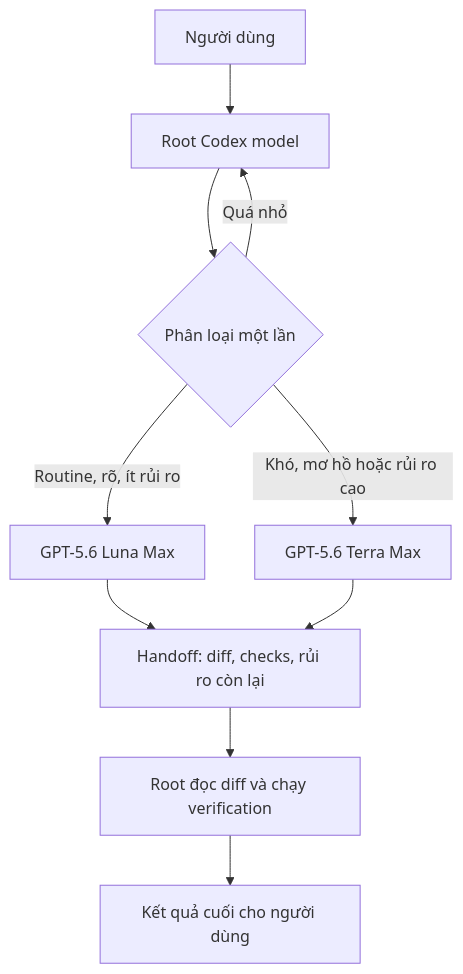
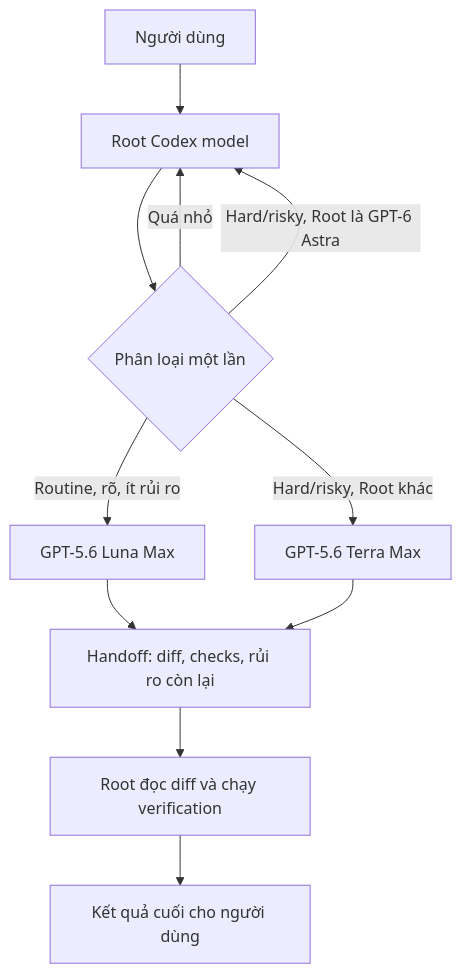
One commit to jimnguyendev/Codex-Orchestration changed the first of 4 diagrams in docs/architecture.md. Above: the diagram before and after it, drawn with Mermaid. The commit also changed other lines of this file and 27 other files, not shown here.

Commit message:
feat: add Fable 5.1 and GPT-6 Astra routing

````diff
--- a/docs/architecture.md
+++ b/docs/architecture.md
@@ -8,12 +8,13 @@
 ```mermaid
 flowchart TD
     U["Người dùng"] --> R["Root Codex model"]
     R --> C{"Phân loại một lần"}
     C -->|"Quá nhỏ"| R
     C -->|"Routine, rõ, ít rủi ro"| L["GPT-5.6 Luna Max"]
-    C -->|"Khó, mơ hồ hoặc rủi ro cao"| T["GPT-5.6 Terra Max"]
+    C -->|"Hard/risky, Root là GPT-6 Astra"| R
+    C -->|"Hard/risky, Root khác"| T["GPT-5.6 Terra Max"]
     L --> H["Handoff: diff, checks, rủi ro còn lại"]
     T --> H
     H --> V["Root đọc diff và chạy verification"]
     V --> O["Kết quả cuối cho người dùng"]
 ```
````
